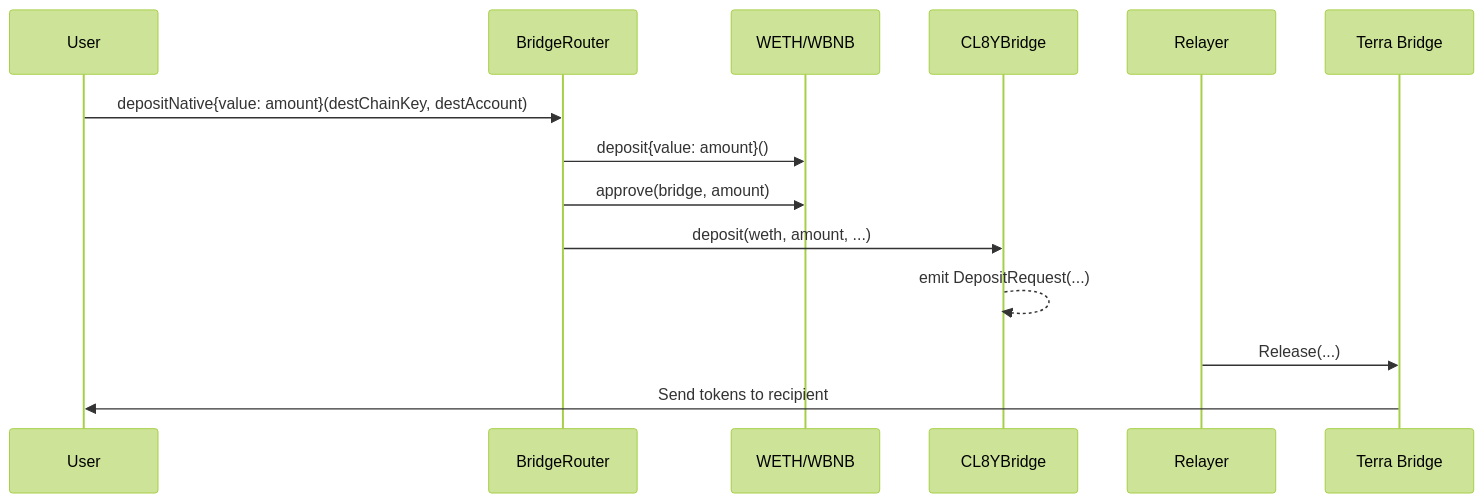
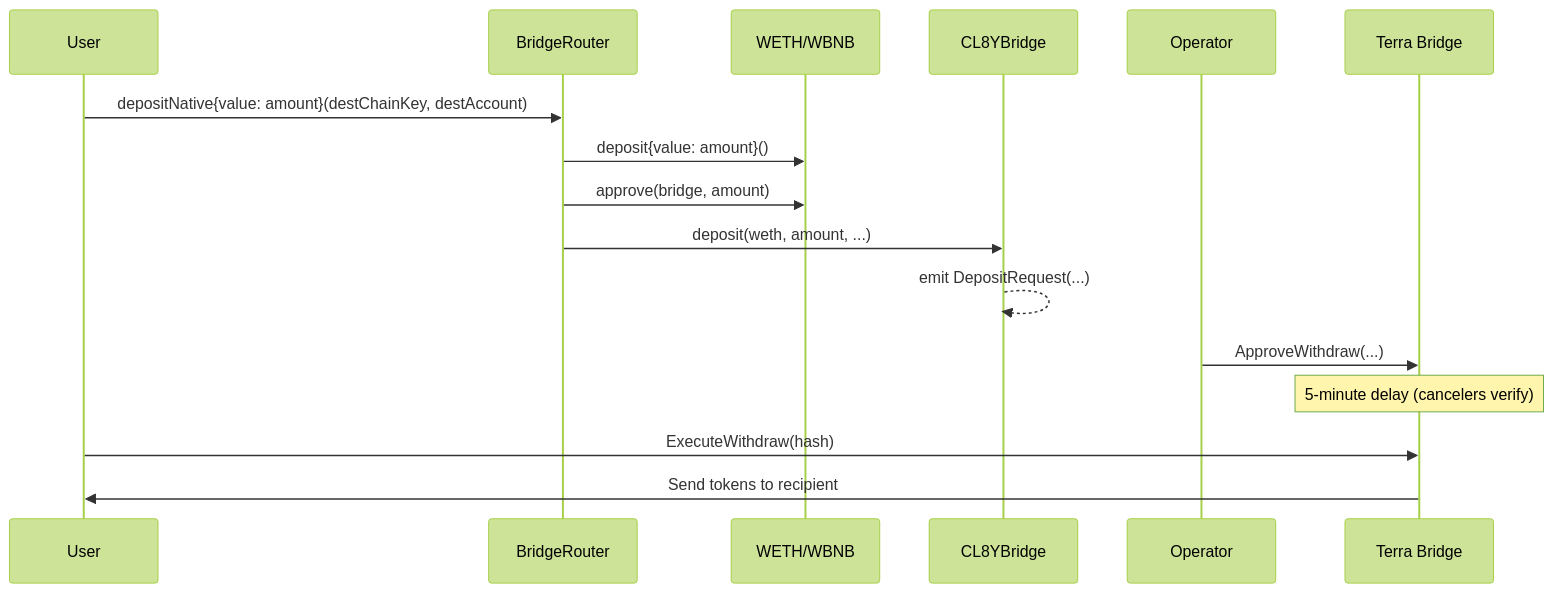
The second of 4 diagrams in docs/crosschain-flows.md (PlasticDigits/cl8y-bridge-monorepo), drawn with Mermaid (forest theme) before and after one commit. The commit also changed other lines of this file and 130 other files, not shown here.

````diff
--- a/docs/crosschain-flows.md
+++ b/docs/crosschain-flows.md
@@ -50,19 +57,21 @@
 ```mermaid
 sequenceDiagram
     participant User
     participant Router as BridgeRouter
     participant WETH as WETH/WBNB
     participant Bridge as CL8YBridge
-    participant Relayer
+    participant Operator
     participant Terra as Terra Bridge
 
     User->>Router: depositNative{value: amount}(destChainKey, destAccount)
     Router->>WETH: deposit{value: amount}()
     Router->>WETH: approve(bridge, amount)
     Router->>Bridge: deposit(weth, amount, ...)
 
     Bridge-->>Bridge: emit DepositRequest(...)
 
-    Relayer->>Terra: Release(...)
+    Operator->>Terra: ApproveWithdraw(...)
+    Note over Terra: 5-minute delay (cancelers verify)
+    User->>Terra: ExecuteWithdraw(hash)
     Terra->>User: Send tokens to recipient
 ```
````
